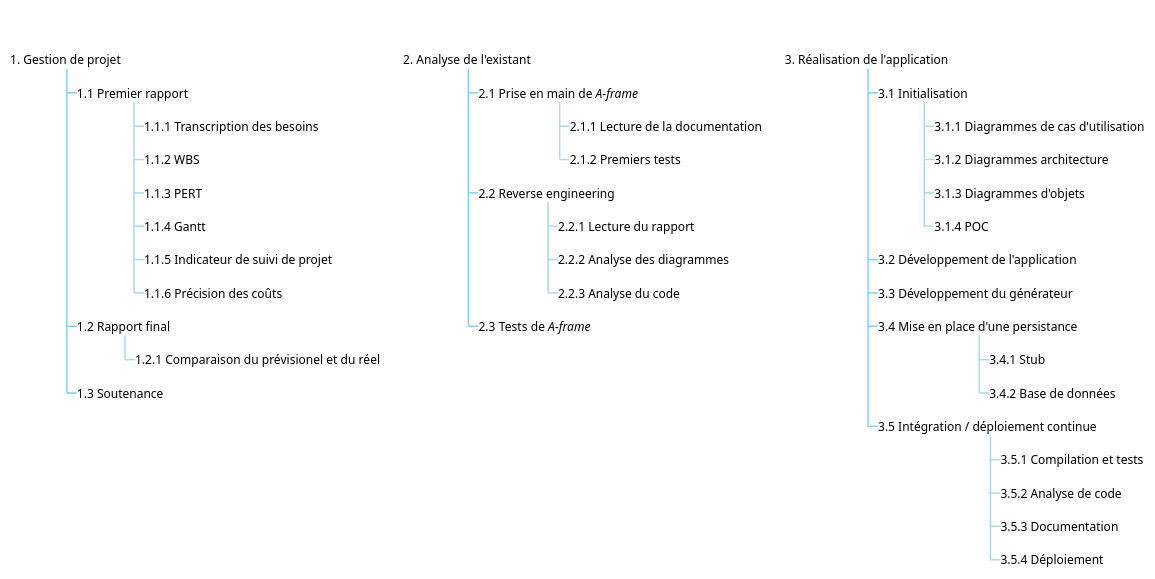
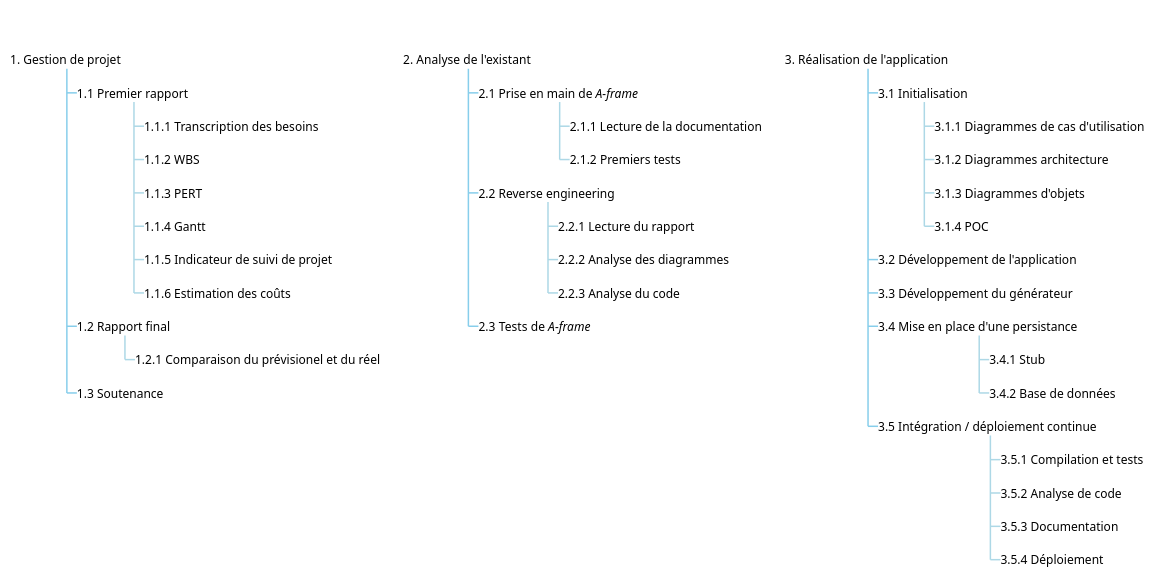
Before and after one commit to axdelafuen/archivr: the diagram in Diagrams/Management/wbs.md, drawn with PlantUML.

Commit message:
Mise à jour de 'Diagrams/Management/wbs.md'

````diff
--- a/Diagrams/Management/wbs.md
+++ b/Diagrams/Management/wbs.md
@@ -1,62 +1,62 @@
 ```plantuml
 @startwbs
 
 <style>
 wbsDiagram {
   arrow {
     LineColor SkyBlue
   }
   :depth(0) {
       LineColor transparent
       FontColor transparent
   }
   arrow {
     :depth(2) {
       LineColor lightblue
     }
   } 
 }
 </style>
 *_ wbs
 **_ 1. Gestion de projet
 ***_ 1.1 Premier rapport
 ****_ 1.1.1 Transcription des besoins
 ****_ 1.1.2 WBS
 ****_ 1.1.3 PERT
 ****_ 1.1.4 Gantt
 ****_ 1.1.5 Indicateur de suivi de projet 
-****_ 1.1.6 Précision des coûts
+****_ 1.1.6 Estimation des coûts
 ***_ 1.2 Rapport final
 ****_ 1.2.1 Comparaison du prévisionel et du réel
 ***_ 1.3 Soutenance
 
 **_ 2. Analyse de l'existant
 ***_ 2.1 Prise en main de //A-frame//
 ****_ 2.1.1 Lecture de la documentation
 ****_ 2.1.2 Premiers tests
 ***_ 2.2 Reverse engineering
 ****_ 2.2.1 Lecture du rapport
 ****_ 2.2.2 Analyse des diagrammes
 ****_ 2.2.3 Analyse du code
 ***_ 2.3 Tests de //A-frame//
 
 **_ 3. Réalisation de l'application
 ***_ 3.1 Initialisation
 ****_ 3.1.1 Diagrammes de cas d'utilisation
 ****_ 3.1.2 Diagrammes architecture
 ****_ 3.1.3 Diagrammes d'objets
 ****_ 3.1.4 POC
 ***_ 3.2 Développement de l'application
 ***_ 3.3 Développement du générateur
 ***_ 3.4 Mise en place d'une persistance
 ****_ 3.4.1 Stub
 ****_ 3.4.2 Base de données
 ***_ 3.5 Intégration / déploiement continue 
 ****_ 3.5.1 Compilation et tests
 ****_ 3.5.2 Analyse de code
 ****_ 3.5.3 Documentation
 ****_ 3.5.4 Déploiement
 
 @endwbs
 
 ```
````
